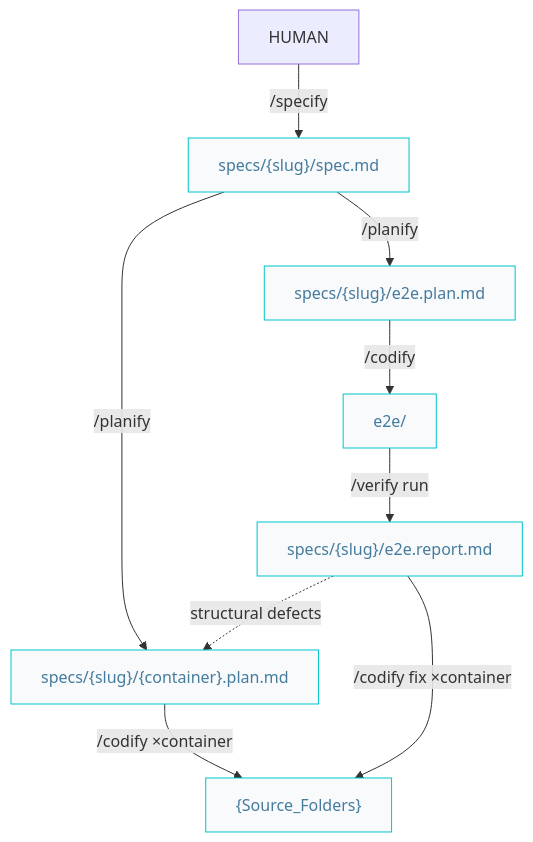
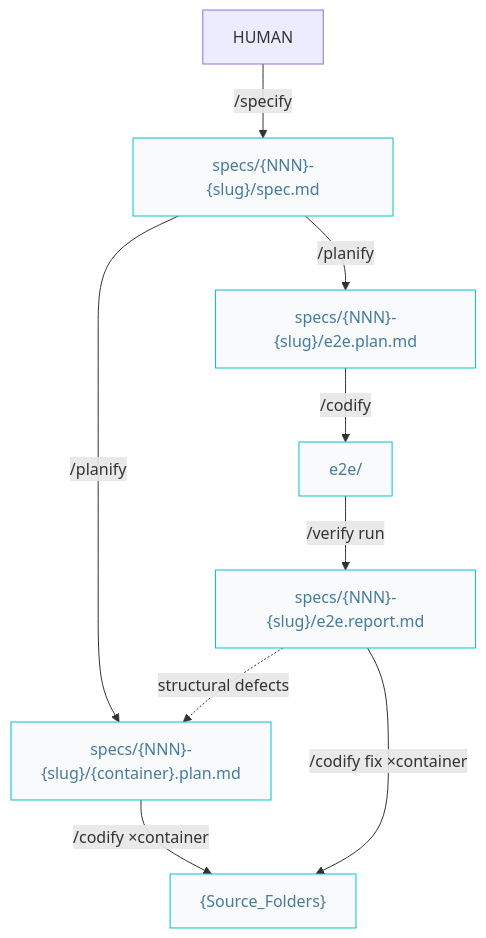
Before and after one commit to AIDDbot/AIDDbot: the second of 3 diagrams in docs/pipelines.md, drawn with Mermaid. The commit also changed other lines of this file and 19 other files, not shown here.

First line of the commit message:
refactor(skills): standardize spec and plan structures with sequential IDs

````diff
--- a/docs/pipelines.md
+++ b/docs/pipelines.md
@@ -50,21 +50,21 @@
 ```mermaid
 flowchart TD  
   HUM[HUMAN]
-  SPC["specs/{slug}/spec.md"]:::nd
-  PLN["specs/{slug}/{container}.plan.md"]:::nd
-  EPL["specs/{slug}/e2e.plan.md"]:::nd
+  SPC["specs/{NNN}-{slug}/spec.md"]:::nd
+  PLN["specs/{NNN}-{slug}/{container}.plan.md"]:::nd
+  EPL["specs/{NNN}-{slug}/e2e.plan.md"]:::nd
   COD["{Source_Folders}"]:::nd
   E2E["e2e/"]:::nd
-  RPT["specs/{slug}/e2e.report.md"]:::nd
+  RPT["specs/{NNN}-{slug}/e2e.report.md"]:::nd
 
   HUM -->|/specify| SPC
   SPC -->|/planify| PLN
   SPC -->|/planify| EPL
   PLN -->|/codify ×container| COD
   EPL -->|/codify| E2E
   E2E -->|/verify run| RPT
   RPT -->|/codify fix ×container| COD
   RPT -.->|structural defects| PLN
   
   classDef nd fill:#f8fafc,stroke:#00c4cc,color:#457b9d
 ```
````
